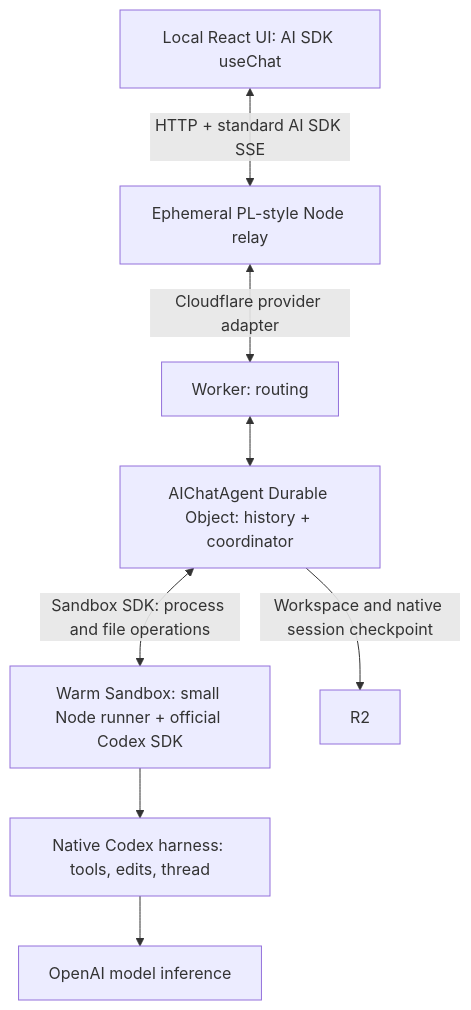
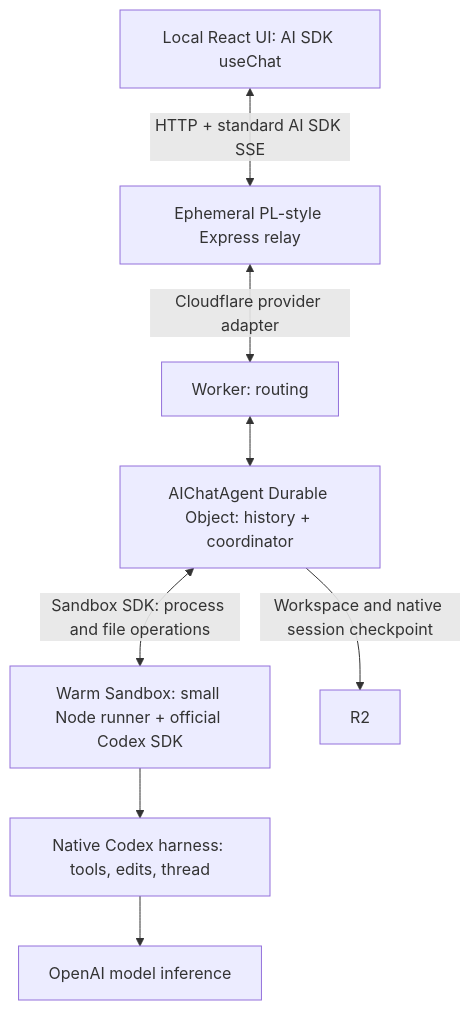
The diagram in docs/codex-sandbox-plan.md (miguelaenlle/cloudflare-agents-sdk-test), drawn with Mermaid before and after one commit. The commit also changed other lines of this file and 12 other files, not shown here.

````diff
--- a/docs/codex-sandbox-plan.md
+++ b/docs/codex-sandbox-plan.md
@@ -5,10 +5,10 @@
 ```mermaid
 flowchart TD
-    UI[Local React UI: AI SDK useChat] <-->|HTTP + standard AI SDK SSE| PL[Ephemeral PL-style Node relay]
+    UI[Local React UI: AI SDK useChat] <-->|HTTP + standard AI SDK SSE| PL[Ephemeral PL-style Express relay]
     PL <-->|Cloudflare provider adapter| Entry[Worker: routing]
     Entry <--> Chat[AIChatAgent Durable Object: history + coordinator]
     Chat <-->|Sandbox SDK: process and file operations| Box[Warm Sandbox: small Node runner + official Codex SDK]
     Box --> Native[Native Codex harness: tools, edits, thread]
     Native --> Model[OpenAI model inference]
     Chat -->|Workspace and native session checkpoint| R2[R2]
 ```
````
